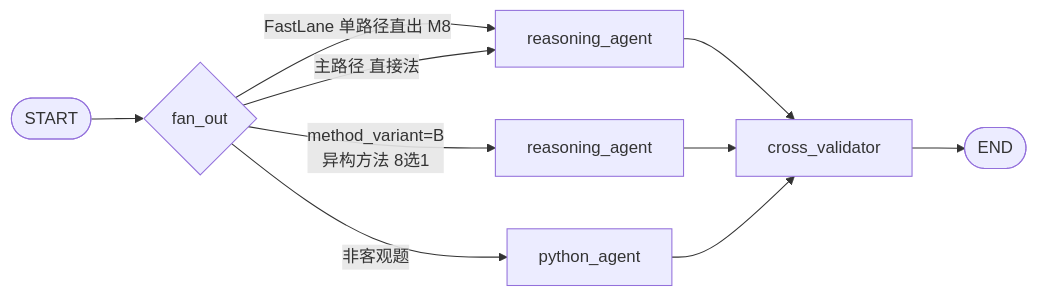
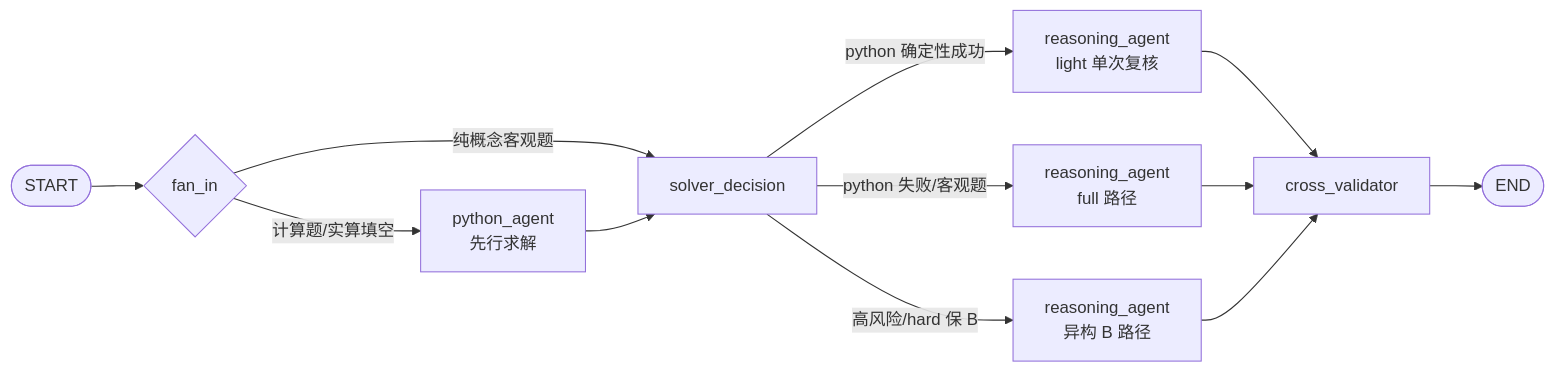
One commit to zby0316/math_competition_agent changed the second of 2 diagrams in README.md. Above: the diagram before and after it, drawn with Mermaid. The commit also changed other lines of this file and 63 other files, not shown here.

````diff
--- a/README.md
+++ b/README.md
@@ -80,12 +87,14 @@
 ```mermaid
 flowchart LR
-    S([START]) --> FanOut{fan_out}
-    FanOut -->|FastLane 单路径直出 M8| R1[reasoning_agent]
-    FanOut -->|主路径 直接法| R1
-    FanOut -->|method_variant=B<br/>异构方法 8选1| R2[reasoning_agent]
-    FanOut -->|非客观题| P[python_agent]
+    S([START]) --> FanIn{fan_in}
+    FanIn -->|计算题/实算填空| P[python_agent<br/>先行求解]
+    FanIn -->|纯概念客观题| D[solver_decision]
+    P --> D
+    D -->|python 确定性成功| R1[reasoning_agent<br/>light 单次复核]
+    D -->|python 失败/客观题| R2[reasoning_agent<br/>full 路径]
+    D -->|高风险/hard 保 B| R3[reasoning_agent<br/>异构 B 路径]
     R1 --> V[cross_validator]
     R2 --> V
-    P --> V
+    R3 --> V
     V --> E([END])
 ```
````
